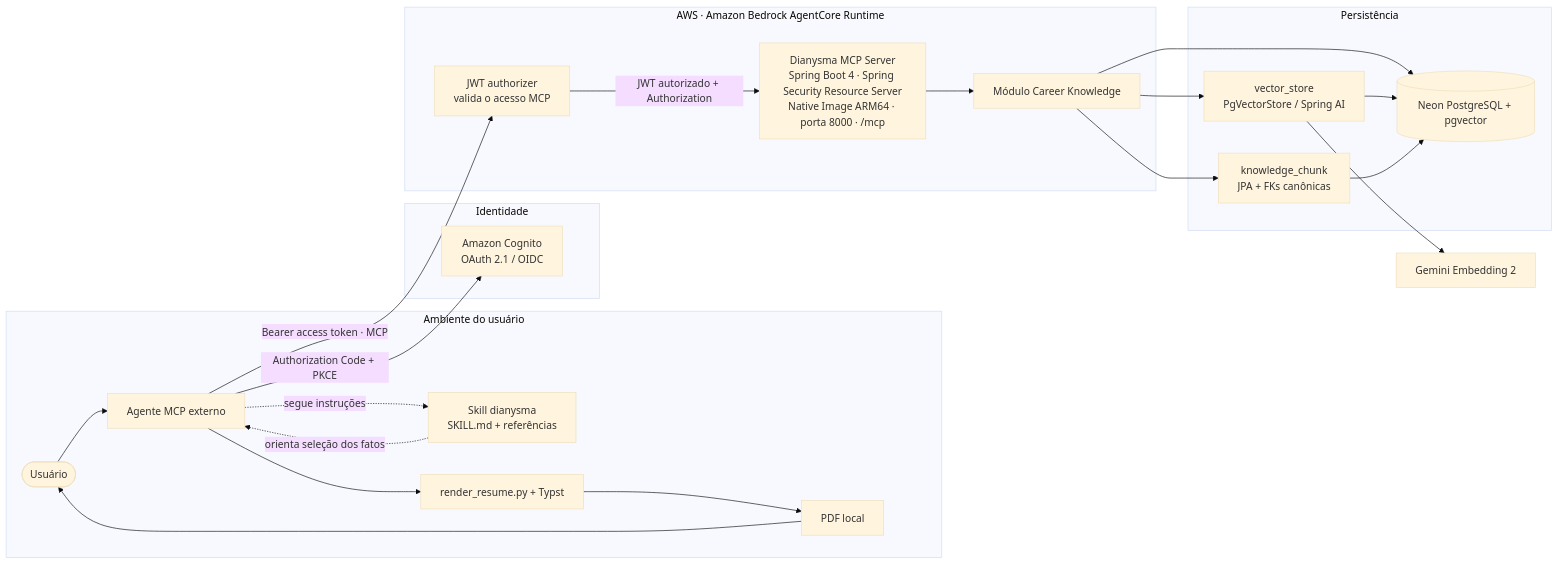
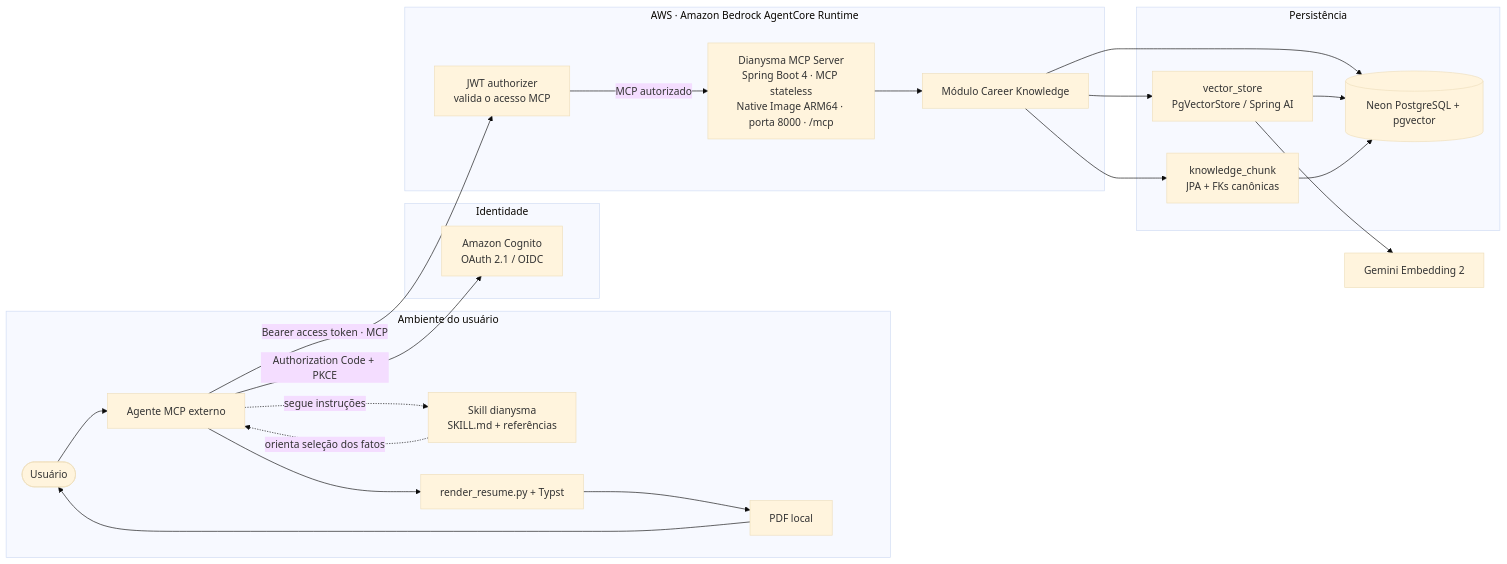
The diagram in docs/architecture-components.mmd (wskr00/dianysma), drawn with Mermaid (base theme) before and after one commit. The commit also changed 24 other files, not shown here.

```diff
--- a/docs/architecture-components.mmd
+++ b/docs/architecture-components.mmd
@@ -1,43 +1,43 @@
 flowchart LR
     subgraph CLIENT["Ambiente do usuário"]
         USER([Usuário])
         AGENT["Agente MCP externo"]
         SKILL["Skill dianysma\nSKILL.md + referências"]
         RENDER["render_resume.py + Typst"]
         PDF["PDF local"]
     end
 
     subgraph IDENTITY["Identidade"]
         COGNITO["Amazon Cognito\nOAuth 2.1 / OIDC"]
     end
 
     subgraph AWS["AWS · Amazon Bedrock AgentCore Runtime"]
         RUNTIME["JWT authorizer\nvalida o acesso MCP"]
-        APP["Dianysma MCP Server\nSpring Boot 4 · Spring Security Resource Server\nNative Image ARM64 · porta 8000 · /mcp"]
+        APP["Dianysma MCP Server\nSpring Boot 4 · MCP stateless\nNative Image ARM64 · porta 8000 · /mcp"]
         KNOWLEDGE["Módulo Career Knowledge"]
     end
 
     subgraph DATA["Persistência"]
         DB[("Neon PostgreSQL + pgvector")]
         VSTORE["vector_store\nPgVectorStore / Spring AI"]
         CHUNK["knowledge_chunk\nJPA + FKs canônicas"]
     end
 
     EMB["Gemini Embedding 2"]
 
     USER --> AGENT
     AGENT -. "segue instruções" .-> SKILL
     AGENT -->|"Authorization Code + PKCE"| COGNITO
     AGENT -->|"Bearer access token · MCP"| RUNTIME
-    RUNTIME -->|"JWT autorizado + Authorization"| APP
+    RUNTIME -->|"MCP autorizado"| APP
     APP --> KNOWLEDGE
     KNOWLEDGE --> DB
     KNOWLEDGE --> VSTORE
     KNOWLEDGE --> CHUNK
     VSTORE --> DB
     CHUNK --> DB
     VSTORE --> EMB
     AGENT --> RENDER
     SKILL -. "orienta seleção dos fatos" .-> AGENT
     RENDER --> PDF
     PDF --> USER
```
